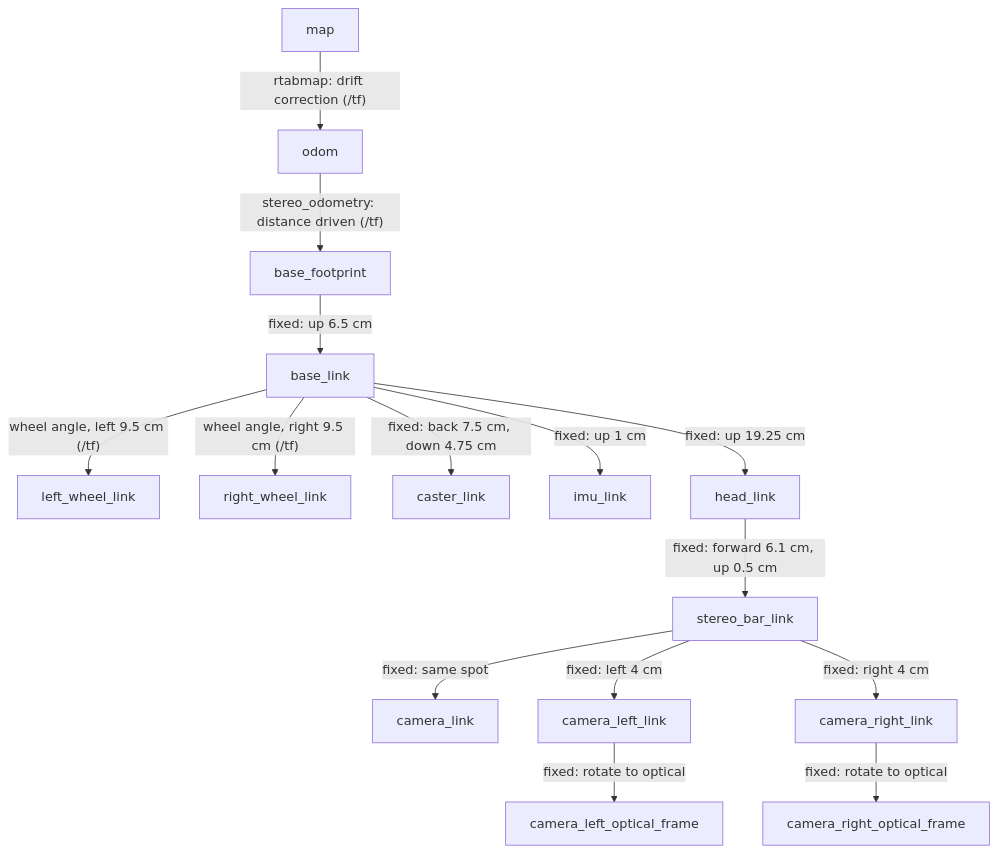
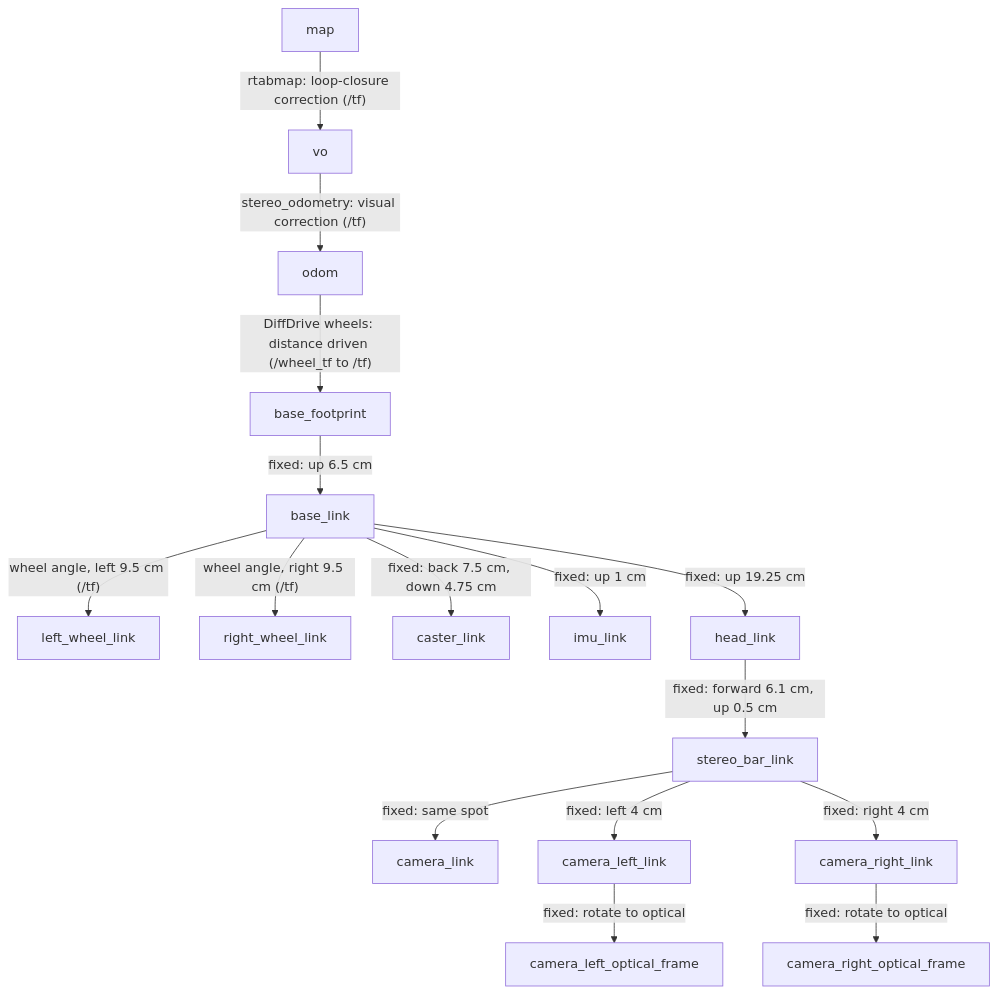
The diagram in src/stereo_eye_launcher/README.md (kunalchandmare/robot_ros_slam), drawn with Mermaid before and after one commit. The commit also changed other lines of this file and 2 other files, not shown here.

Commit message:
[Bazooka] Use wheel odometry as guess for stereo odometry (map->vo->odom)

````diff
--- a/src/stereo_eye_launcher/README.md
+++ b/src/stereo_eye_launcher/README.md
@@ -199,17 +218,18 @@
 ```mermaid
 graph TD
-  map -->|"rtabmap: drift correction (/tf)"| odom
-  odom -->|"stereo_odometry: distance driven (/tf)"| base_footprint
+  map -->|"rtabmap: loop-closure correction (/tf)"| vo
+  vo -->|"stereo_odometry: visual correction (/tf)"| odom
+  odom -->|"DiffDrive wheels: distance driven (/wheel_tf to /tf)"| base_footprint
   base_footprint -->|"fixed: up 6.5 cm"| base_link
   base_link -->|"wheel angle, left 9.5 cm (/tf)"| left_wheel_link
   base_link -->|"wheel angle, right 9.5 cm (/tf)"| right_wheel_link
   base_link -->|"fixed: back 7.5 cm, down 4.75 cm"| caster_link
   base_link -->|"fixed: up 1 cm"| imu_link
   base_link -->|"fixed: up 19.25 cm"| head_link
   head_link -->|"fixed: forward 6.1 cm, up 0.5 cm"| stereo_bar_link
   stereo_bar_link -->|"fixed: same spot"| camera_link
   stereo_bar_link -->|"fixed: left 4 cm"| camera_left_link
   stereo_bar_link -->|"fixed: right 4 cm"| camera_right_link
   camera_left_link -->|"fixed: rotate to optical"| camera_left_optical_frame
   camera_right_link -->|"fixed: rotate to optical"| camera_right_optical_frame
 ```
````
